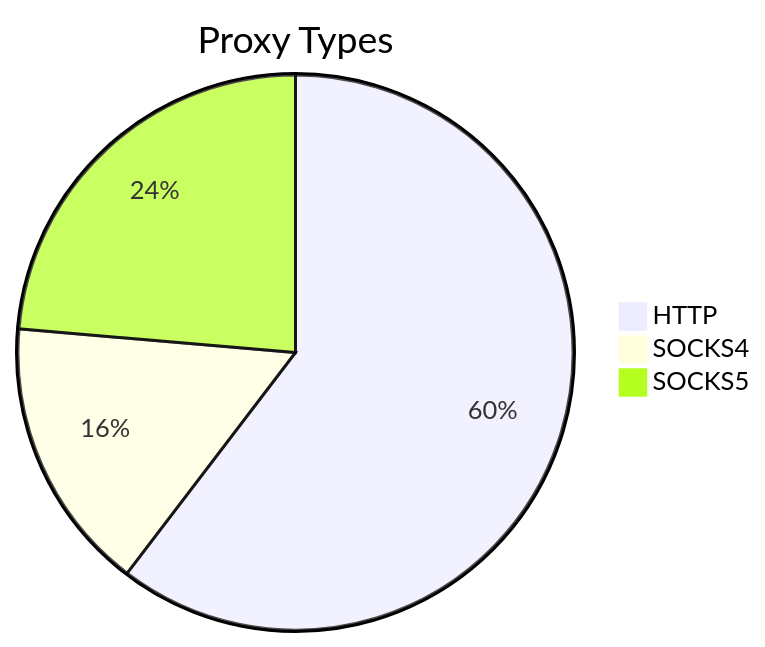
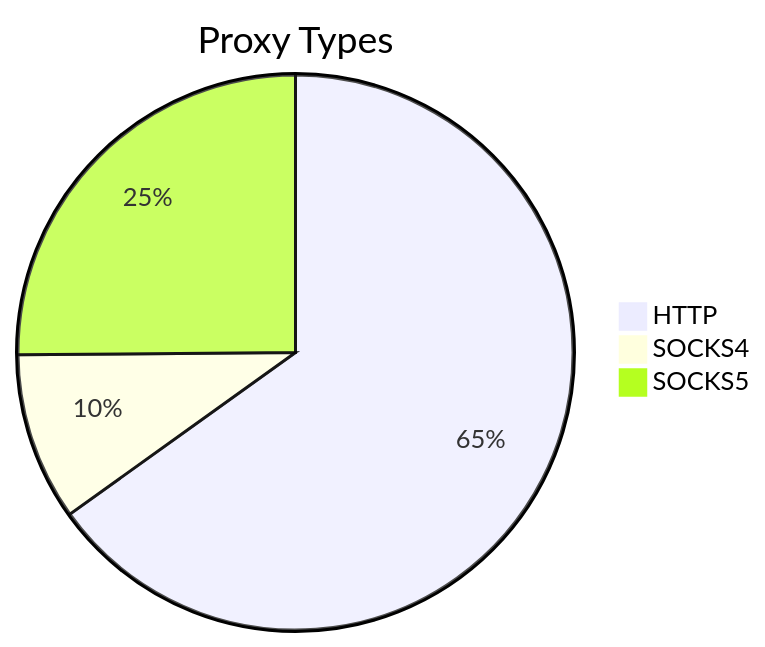
One commit to stormsia/proxy-list changed the first of 2 diagrams in README.md. Above: the diagram before and after it, drawn with Mermaid. The commit also changed other lines of this file, not shown here.

````diff
--- a/README.md
+++ b/README.md
@@ -21,6 +21,6 @@
 ```mermaid
 pie title Proxy Types
-    "HTTP" : 710
-    "SOCKS4" : 188
-    "SOCKS5" : 278
+    "HTTP" : 500
+    "SOCKS4" : 75
+    "SOCKS5" : 193
 ```
````
